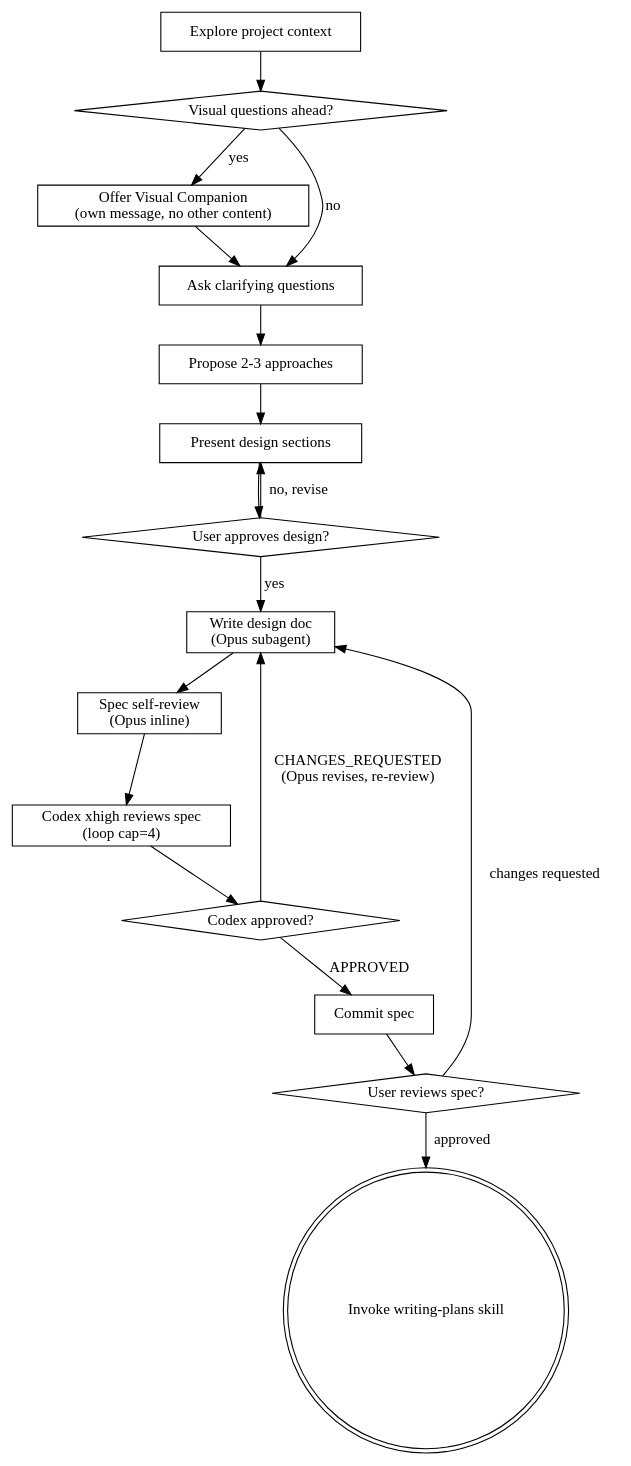
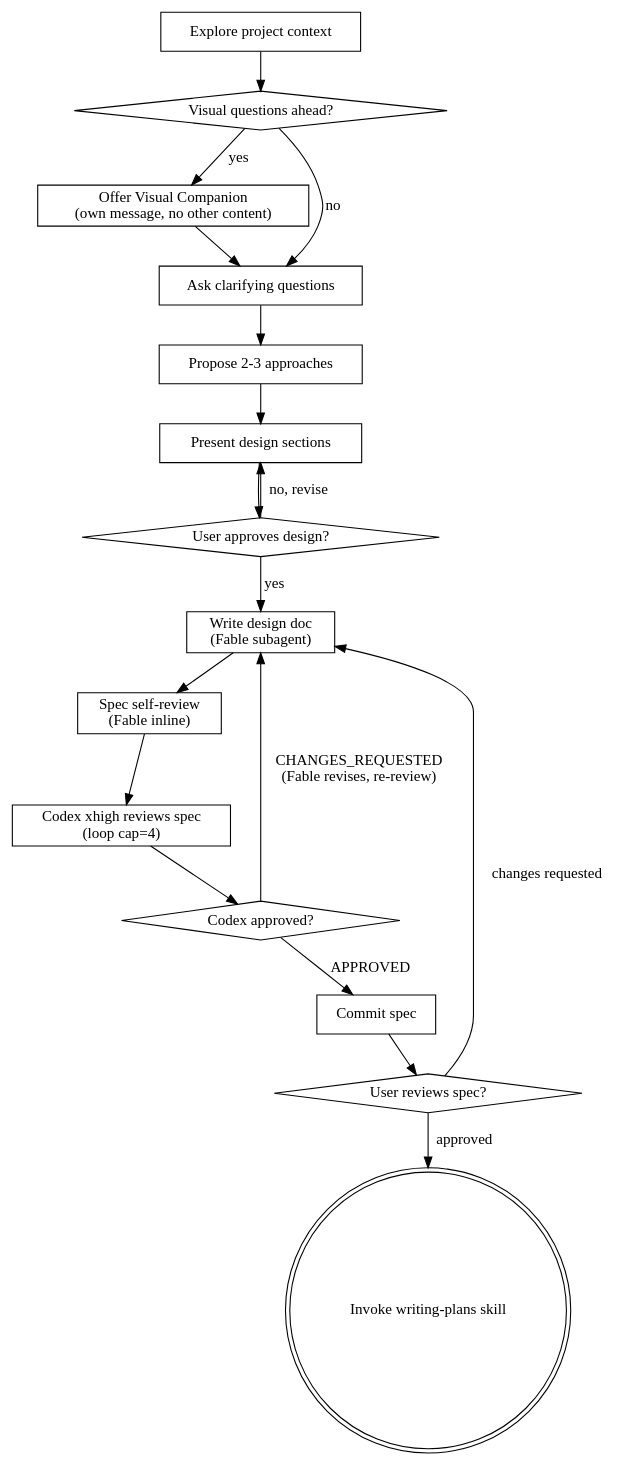
Before and after one commit to strigov/superpowers-strigov-ver: the diagram in skills/brainstorming/SKILL.md, drawn with Graphviz. The commit also changed other lines of this file and 6 other files, not shown here.

````diff
--- a/skills/brainstorming/SKILL.md
+++ b/skills/brainstorming/SKILL.md
@@ -61,36 +63,36 @@
 ```dot
 digraph brainstorming {
     "Explore project context" [shape=box];
     "Visual questions ahead?" [shape=diamond];
     "Offer Visual Companion\n(own message, no other content)" [shape=box];
     "Ask clarifying questions" [shape=box];
     "Propose 2-3 approaches" [shape=box];
     "Present design sections" [shape=box];
     "User approves design?" [shape=diamond];
-    "Write design doc\n(Opus subagent)" [shape=box];
-    "Spec self-review\n(Opus inline)" [shape=box];
+    "Write design doc\n(Fable subagent)" [shape=box];
+    "Spec self-review\n(Fable inline)" [shape=box];
     "Codex xhigh reviews spec\n(loop cap=4)" [shape=box];
     "Codex approved?" [shape=diamond];
     "Commit spec" [shape=box];
     "User reviews spec?" [shape=diamond];
     "Invoke writing-plans skill" [shape=doublecircle];
 
     "Explore project context" -> "Visual questions ahead?";
     "Visual questions ahead?" -> "Offer Visual Companion\n(own message, no other content)" [label="yes"];
     "Visual questions ahead?" -> "Ask clarifying questions" [label="no"];
     "Offer Visual Companion\n(own message, no other content)" -> "Ask clarifying questions";
     "Ask clarifying questions" -> "Propose 2-3 approaches";
     "Propose 2-3 approaches" -> "Present design sections";
     "Present design sections" -> "User approves design?";
     "User approves design?" -> "Present design sections" [label="no, revise"];
-    "User approves design?" -> "Write design doc\n(Opus subagent)" [label="yes"];
-    "Write design doc\n(Opus subagent)" -> "Spec self-review\n(Opus inline)";
-    "Spec self-review\n(Opus inline)" -> "Codex xhigh reviews spec\n(loop cap=4)";
+    "User approves design?" -> "Write design doc\n(Fable subagent)" [label="yes"];
+    "Write design doc\n(Fable subagent)" -> "Spec self-review\n(Fable inline)";
+    "Spec self-review\n(Fable inline)" -> "Codex xhigh reviews spec\n(loop cap=4)";
     "Codex xhigh reviews spec\n(loop cap=4)" -> "Codex approved?" ;
-    "Codex approved?" -> "Write design doc\n(Opus subagent)" [label="CHANGES_REQUESTED\n(Opus revises, re-review)"];
+    "Codex approved?" -> "Write design doc\n(Fable subagent)" [label="CHANGES_REQUESTED\n(Fable revises, re-review)"];
     "Codex approved?" -> "Commit spec" [label="APPROVED"];
     "Commit spec" -> "User reviews spec?";
-    "User reviews spec?" -> "Write design doc\n(Opus subagent)" [label="changes requested"];
+    "User reviews spec?" -> "Write design doc\n(Fable subagent)" [label="changes requested"];
     "User reviews spec?" -> "Invoke writing-plans skill" [label="approved"];
 }
 ```
````
